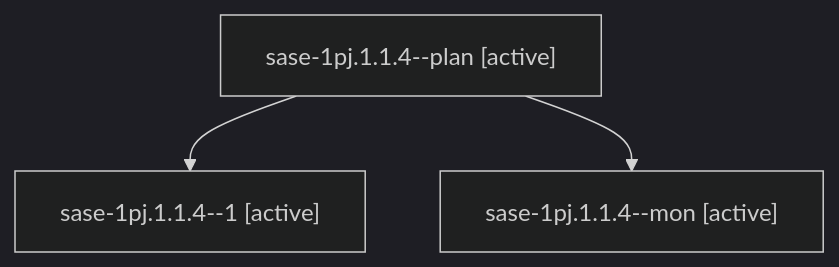
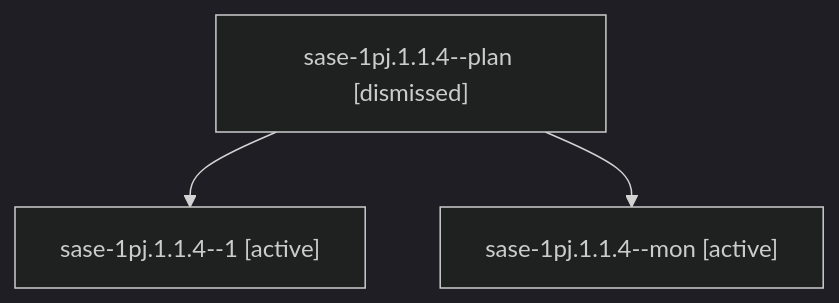
One commit to sase-org/sase--agents changed the diagram in sessions/bbugyi200.athena.sase-1pj.1.1.4.md. Above: the diagram before and after it, drawn with Mermaid (dark theme). The commit also changed other lines of this file and 206 other files, not shown here.

````diff
--- a/sessions/bbugyi200.athena.sase-1pj.1.1.4.md
+++ b/sessions/bbugyi200.athena.sase-1pj.1.1.4.md
@@ -9,8 +9,8 @@
 ```mermaid
 flowchart TD
-  n0["sase-1pj.1.1.4--plan [active]"]
+  n0["sase-1pj.1.1.4--plan [dismissed]"]
   n1["sase-1pj.1.1.4--1 [active]"]
   n0 --> n1
   n2["sase-1pj.1.1.4--mon [active]"]
   n0 --> n2
 ```
````
